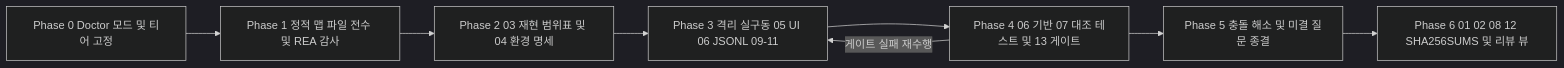
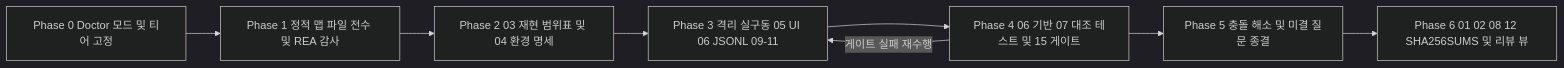
Before and after one commit to awesomejun/spec-anything: the second of 2 diagrams in README.ko.md, drawn with Mermaid (dark theme). The commit also changed other lines of this file and 14 other files, not shown here.

````diff
--- a/README.ko.md
+++ b/README.ko.md
@@ -138,10 +152,10 @@
 ```mermaid
 flowchart LR
     P0[Phase 0 Doctor 모드 및 티어 고정] --> P1[Phase 1 정적 맵 파일 전수 및 REA 감사]
     P1 --> P2[Phase 2 03 재현 범위표 및 04 환경 명세]
     P2 --> P3[Phase 3 격리 실구동 05 UI 06 JSONL 09-11]
-    P3 --> P4[Phase 4 06 기반 07 대조 테스트 및 13 게이트]
+    P3 --> P4[Phase 4 06 기반 07 대조 테스트 및 15 게이트]
     P4 -->|게이트 실패 재수행| P3
     P4 --> P5[Phase 5 충돌 해소 및 미결 질문 종결]
     P5 --> P6[Phase 6 01 02 08 12 SHA256SUMS 및 리뷰 뷰]
 ```
````
